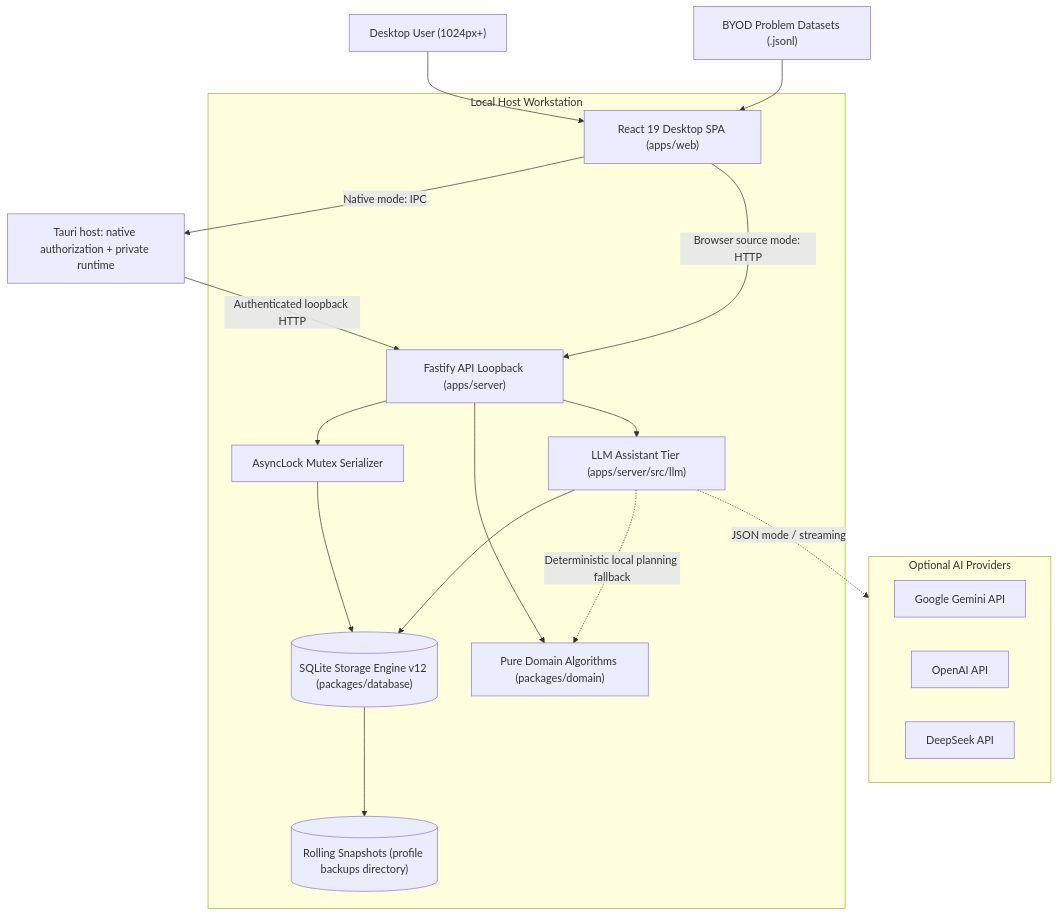
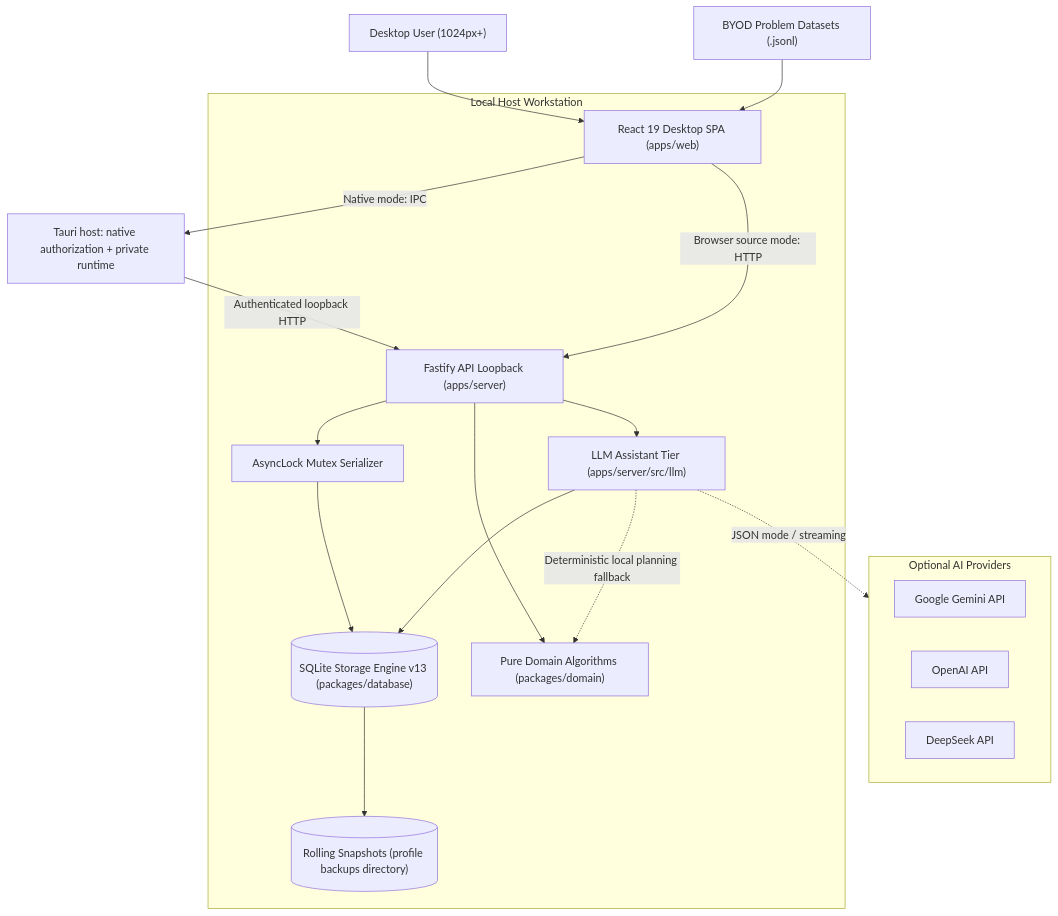
The diagram in docs/architecture.md (Yide-Milo-Li/LeetCode-Tracker), drawn with Mermaid before and after one commit. The commit also changed other lines of this file and 59 other files, not shown here.

````diff
--- a/docs/architecture.md
+++ b/docs/architecture.md
@@ -9,36 +9,36 @@
 ```mermaid
 flowchart TD
     User["Desktop User (1024px+)"]
     Tauri["Tauri host: native authorization + private runtime"]
     JSONL["BYOD Problem Datasets (.jsonl)"]
 
     subgraph Host ["Local Host Workstation"]
         Web["React 19 Desktop SPA (apps/web)"]
         Server["Fastify API Loopback (apps/server)"]
         AsyncLock["AsyncLock Mutex Serializer"]
         Domain["Pure Domain Algorithms (packages/domain)"]
-        DB[("SQLite Storage Engine v12 (packages/database)")]
+        DB[("SQLite Storage Engine v13 (packages/database)")]
         Backups[("Rolling Snapshots (profile backups directory)")]
         LLMAssistant["LLM Assistant Tier (apps/server/src/llm)"]
     end
 
     subgraph Providers ["Optional AI Providers"]
         Gemini["Google Gemini API"]
         OpenAI["OpenAI API"]
         DeepSeek["DeepSeek API"]
     end
 
     User --> Web
     JSONL --> Web
     Web -->|"Native mode: IPC"| Tauri
     Tauri -->|"Authenticated loopback HTTP"| Server
     Web -->|"Browser source mode: HTTP"| Server
     Server --> AsyncLock
     Server --> Domain
     Server --> LLMAssistant
     AsyncLock --> DB
     DB --> Backups
     LLMAssistant --> DB
     LLMAssistant -.->|"JSON mode / streaming"| Providers
     LLMAssistant -.->|"Deterministic local planning fallback"| Domain
 ```
````
